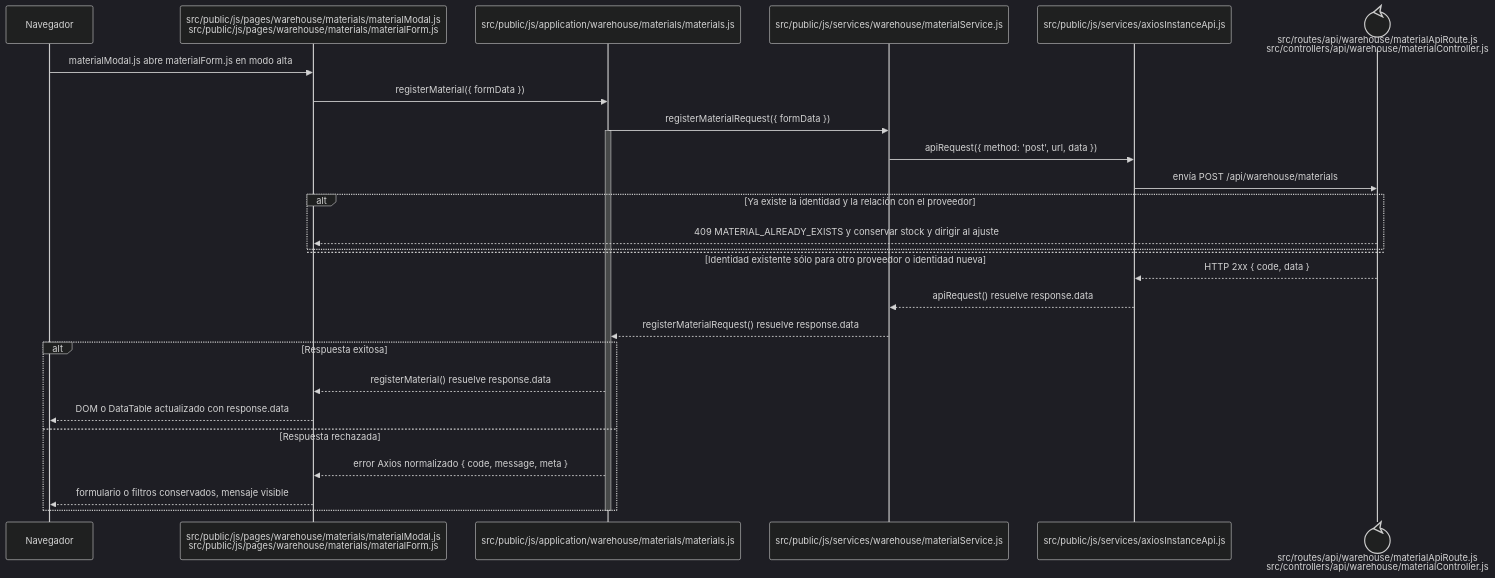
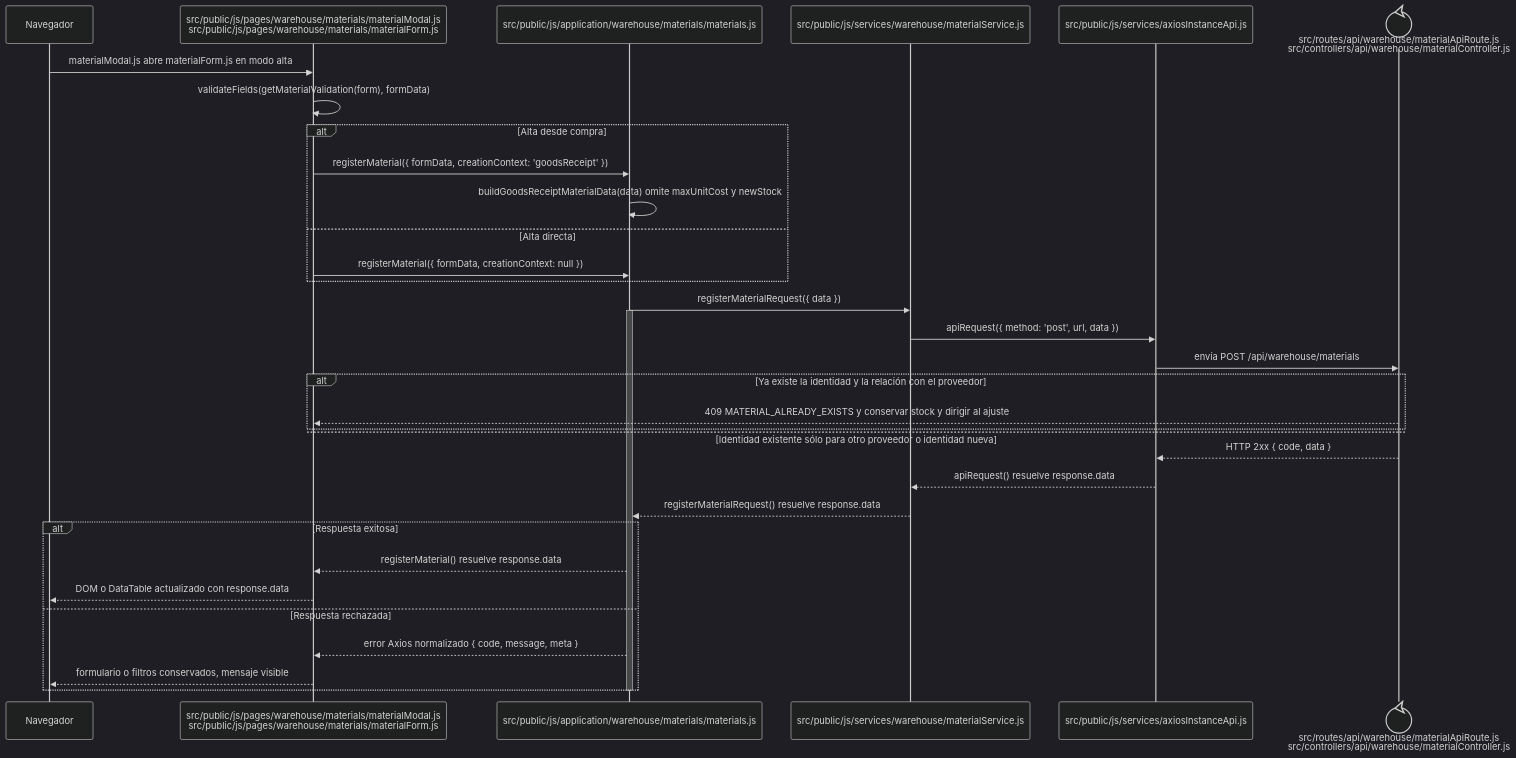
The diagram in docs/architecture/frontend-code-sequences/catalogs/cu-alm-02.md (gpgsistemas01/nexus), drawn with Mermaid (dark theme) before and after one commit. The commit also changed other lines of this file and 16 other files, not shown here.

Commit message:
fix: adaptar alta de material desde compras

````diff
--- a/docs/architecture/frontend-code-sequences/catalogs/cu-alm-02.md
+++ b/docs/architecture/frontend-code-sequences/catalogs/cu-alm-02.md
@@ -6,31 +6,37 @@
 ```mermaid
 sequenceDiagram
     participant Browser as Navegador
     participant View as src/public/js/pages/warehouse/materials/materialModal.js<br/>src/public/js/pages/warehouse/materials/materialForm.js
     participant Application as src/public/js/application/warehouse/materials/materials.js
     participant Request as src/public/js/services/warehouse/materialService.js
     participant HTTP as src/public/js/services/axiosInstanceApi.js
     participant Transport@{ "type": "control" } as src/routes/api/warehouse/materialApiRoute.js<br/>src/controllers/api/warehouse/materialController.js
 
     Browser->>View: materialModal.js abre materialForm.js en modo alta
-    View->>Application: registerMaterial({ formData })
-    Application->>Request: registerMaterialRequest({ formData })
+    View->>View: validateFields(getMaterialValidation(form), formData)
+    alt Alta desde compra
+        View->>Application: registerMaterial({ formData, creationContext: 'goodsReceipt' })
+        Application->>Application: buildGoodsReceiptMaterialData(data) omite maxUnitCost y newStock
+    else Alta directa
+        View->>Application: registerMaterial({ formData, creationContext: null })
+    end
+    Application->>Request: registerMaterialRequest({ data })
     activate Application
     Request->>HTTP: apiRequest({ method: 'post', url, data })
     HTTP->>Transport: envía POST /api/warehouse/materials
     alt Ya existe la identidad y la relación con el proveedor
         Transport-->>View: 409 MATERIAL_ALREADY_EXISTS y conservar stock y dirigir al ajuste
     else Identidad existente sólo para otro proveedor o identidad nueva
     end
     Transport-->>HTTP: HTTP 2xx { code, data }
     HTTP-->>Request: apiRequest() resuelve response.data
     Request-->>Application: registerMaterialRequest() resuelve response.data
     alt Respuesta exitosa
         Application-->>View: registerMaterial() resuelve response.data
         View-->>Browser: DOM o DataTable actualizado con response.data
     else Respuesta rechazada
         Application-->>View: error Axios normalizado { code, message, meta }
         View-->>Browser: formulario o filtros conservados, mensaje visible
     end
     deactivate Application
 ```
````
